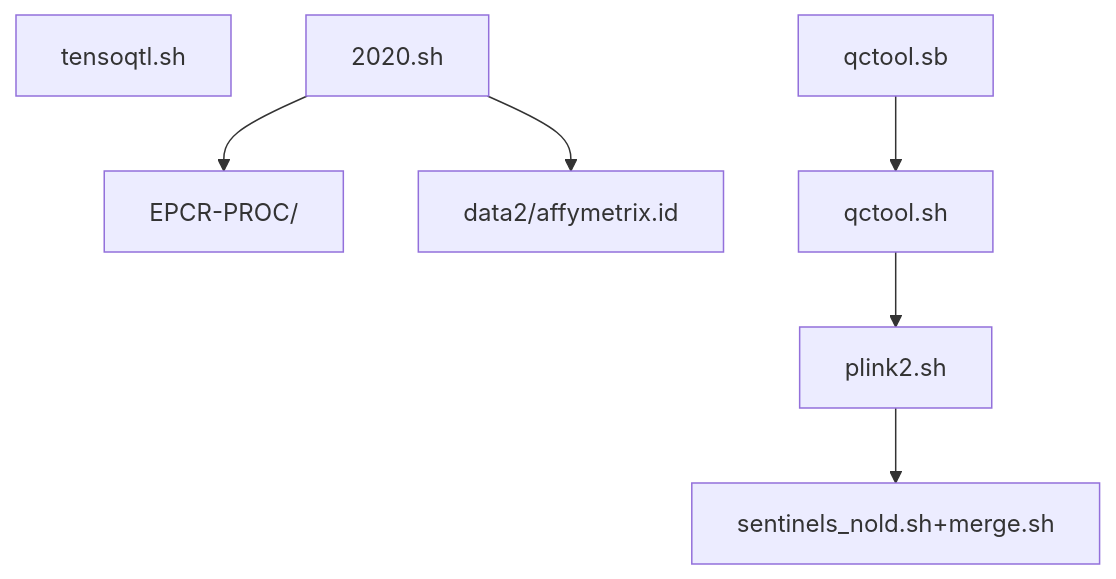
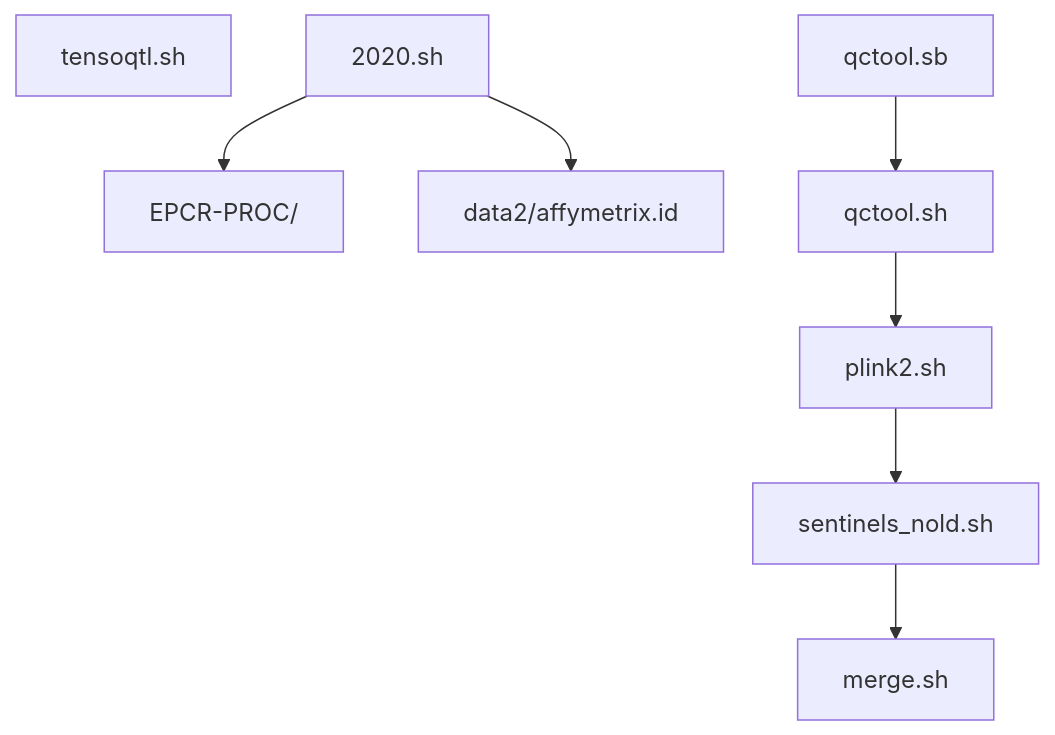
The first of 2 diagrams in docs/README.md (jinghuazhao/Caprion), drawn with Mermaid before and after one commit. The commit also changed 2 other files, not shown here.

````diff
--- a/docs/README.md
+++ b/docs/README.md
@@ -40,9 +40,10 @@
 ```mermaid
 graph TB
 tensoqtl.sh
 2020.sh --> EPCR-PROC/
 2020.sh --> data2/affymetrix.id
 qctool.sb --> qctool.sh
 qctool.sh --> plink2.sh
-plink2.sh --> sentinels_nold.sh+merge.sh
+plink2.sh --> sentinels_nold.sh
+sentinels_nold.sh --> merge.sh
 ```
````
